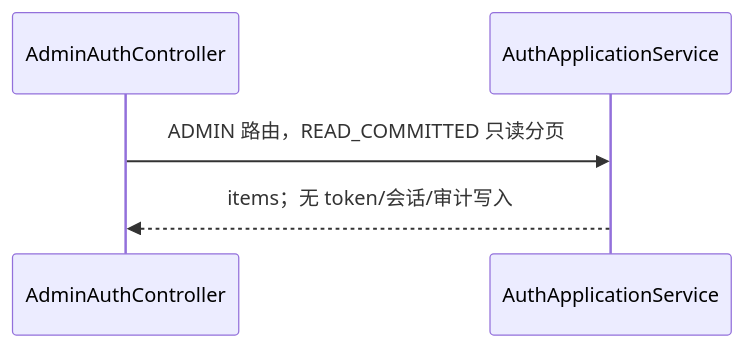
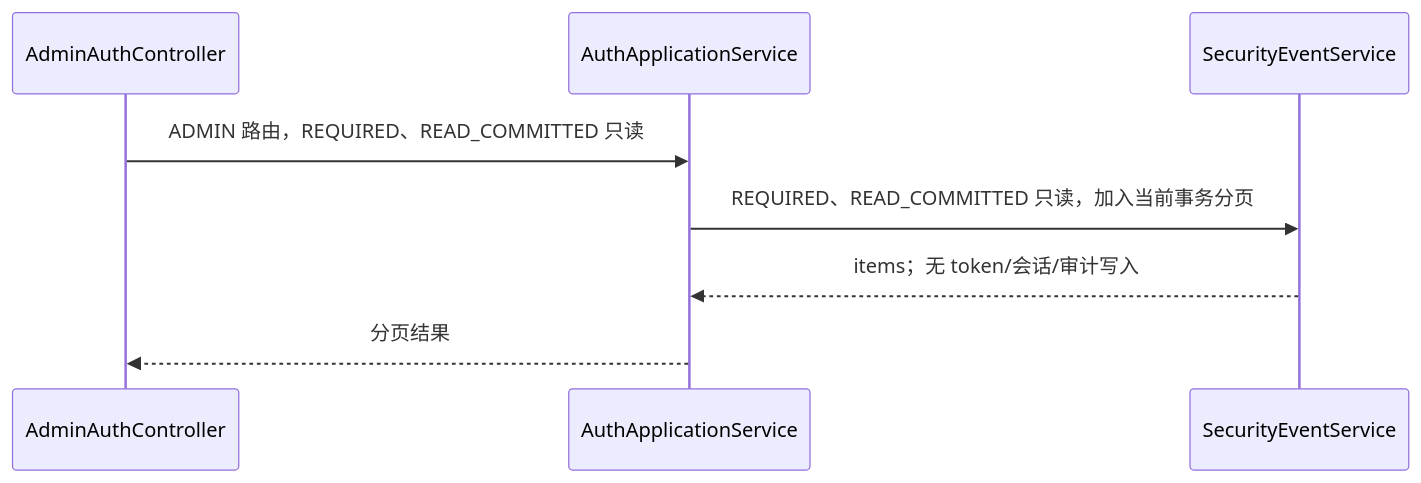
Before and after one commit to Kylinlixd/suno: diagram 26 of 33 in docs/requirements/operations.md, drawn with Mermaid. The commit also changed other lines of this file and 2 other files, not shown here.

Commit message:
docs: clarify identity and operations transaction flows

````diff
--- a/docs/requirements/operations.md
+++ b/docs/requirements/operations.md
@@ -248,7 +275,10 @@
 ```mermaid
 sequenceDiagram
   participant C as AdminAuthController#listSecurityEventsExportTasks
   participant A as AuthApplicationService#listSecurityExportTasks
-  C->>A: ADMIN 路由，READ_COMMITTED 只读分页
-  A-->>C: items；无 token/会话/审计写入
+  participant S as SecurityEventService#listSecurityExportTasks
+  C->>A: ADMIN 路由，REQUIRED、READ_COMMITTED 只读
+  A->>S: REQUIRED、READ_COMMITTED 只读，加入当前事务分页
+  S-->>A: items；无 token/会话/审计写入
+  A-->>C: 分页结果
 ```
````
